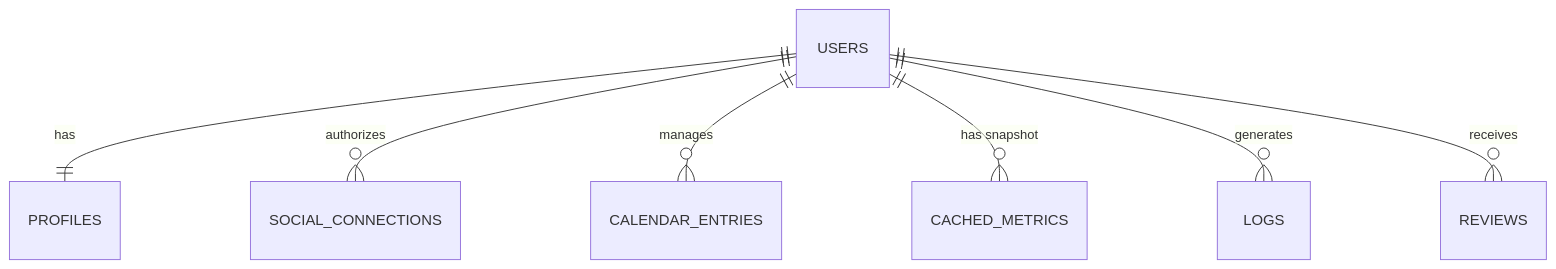
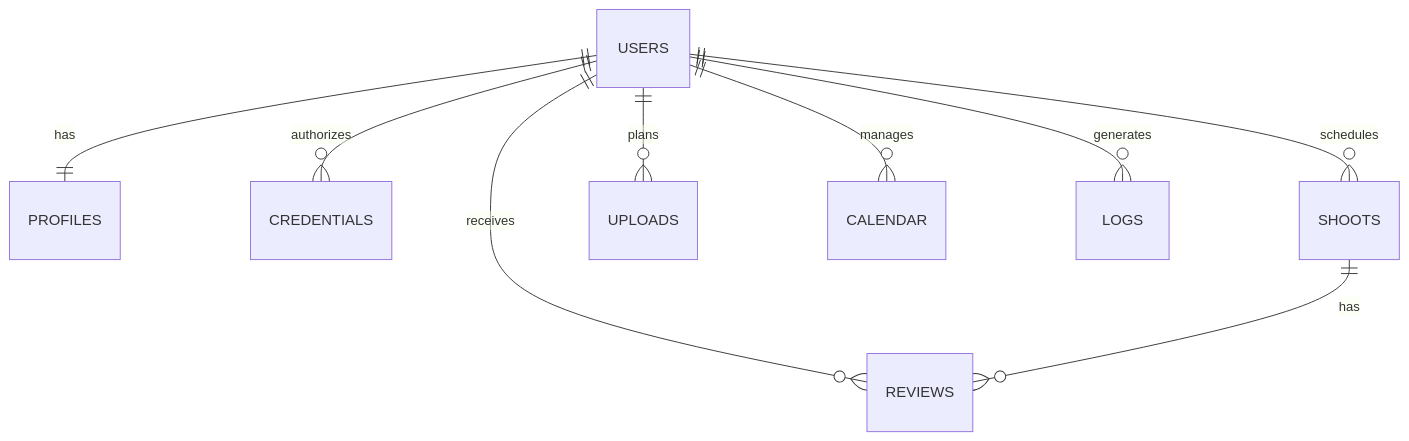
One commit to KrishThakkar2205/proejct-ks-vercel changed the diagram in database_design.md. Above: the diagram before and after it, drawn with Mermaid. The commit also changed other lines of this file and 7 other files, not shown here.

````diff
--- a/database_design.md
+++ b/database_design.md
@@ -128,9 +205,11 @@
 ```mermaid
 erDiagram
     USERS ||--|| PROFILES : "has"
-    USERS ||--o{ SOCIAL_CONNECTIONS : "authorizes"
-    USERS ||--o{ CALENDAR_ENTRIES : "manages"
-    USERS ||--o{ CACHED_METRICS : "has snapshot"
+    USERS ||--o{ CREDENTIALS : "authorizes"
+    USERS ||--o{ SHOOTS : "schedules"
+    USERS ||--o{ UPLOADS : "plans"
+    USERS ||--o{ CALENDAR : "manages"
+    USERS ||--o{ REVIEWS : "receives"
     USERS ||--o{ LOGS : "generates"
-    USERS ||--o{ REVIEWS : "receives"
+    SHOOTS ||--o{ REVIEWS : "has"
 ```
````
